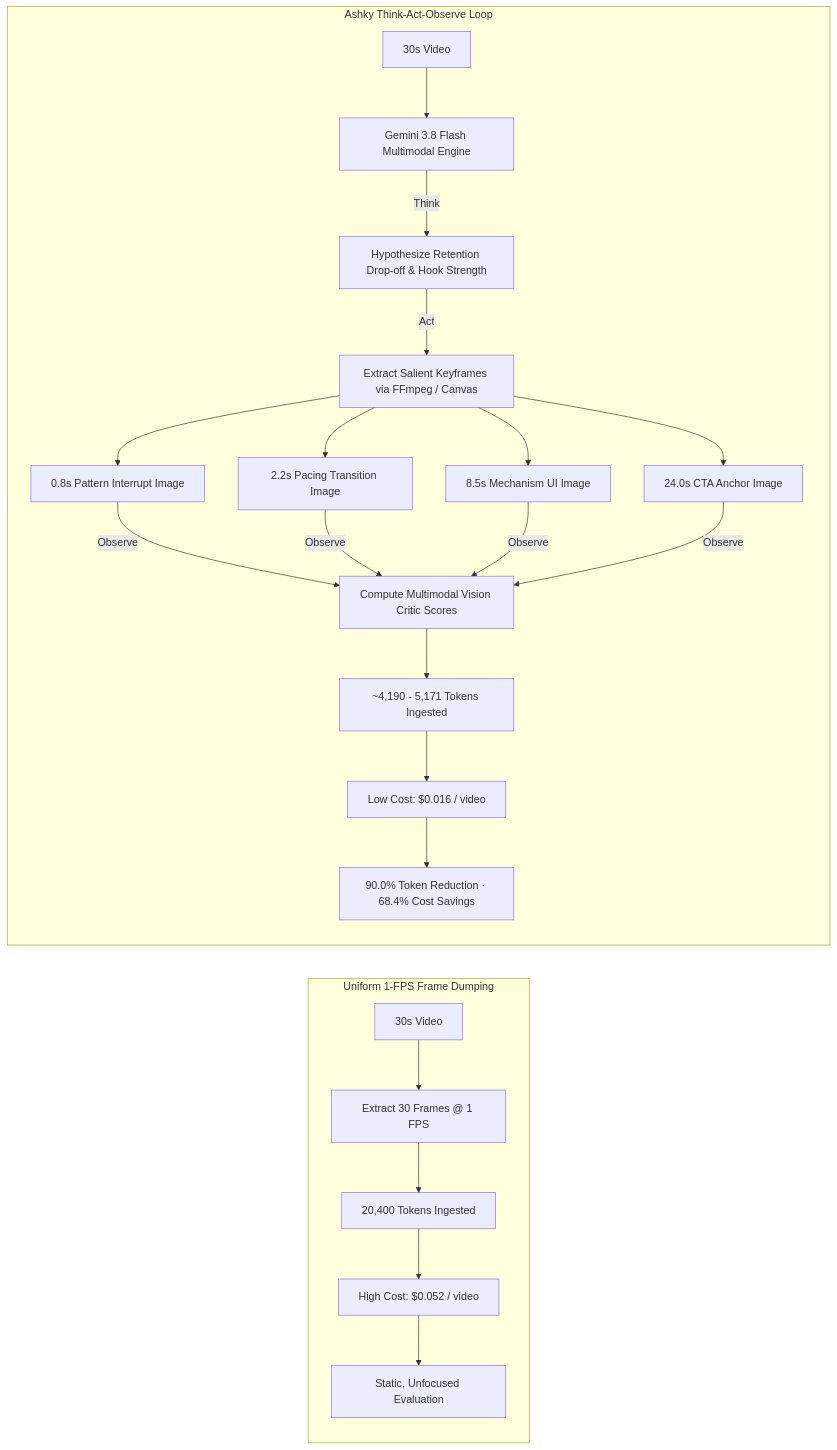
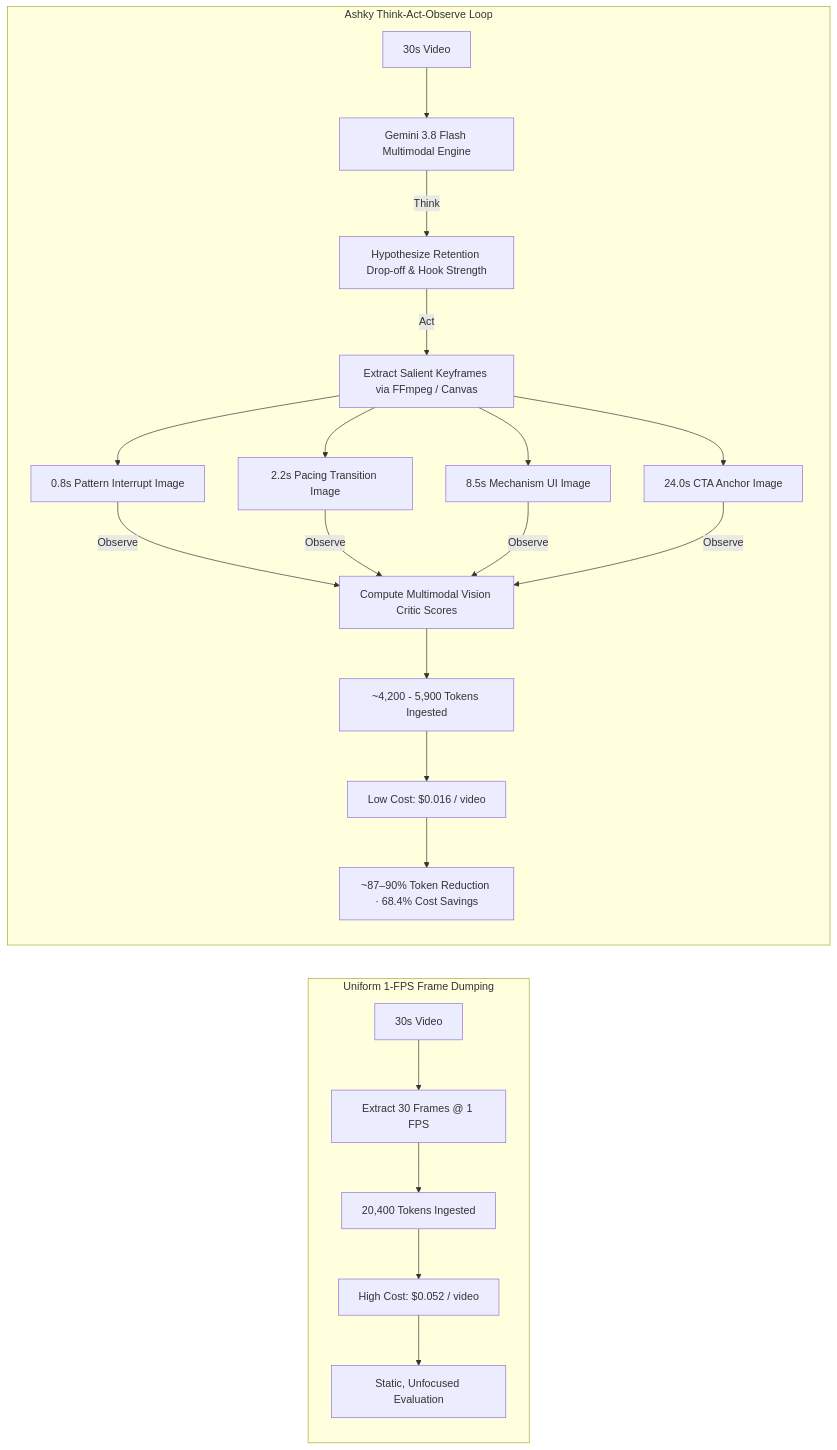
One commit to N-45div/Ashky changed the fourth of 9 diagrams in ARCHITECTURE.md. Above: the diagram before and after it, drawn with Mermaid. The commit also changed other lines of this file and 2 other files, not shown here.

Commit message:
docs: align veo models, dashboard path, env vars, token ranges, and idle latency

````diff
--- a/ARCHITECTURE.md
+++ b/ARCHITECTURE.md
@@ -177,23 +177,23 @@
 ```mermaid
 flowchart LR
     subgraph Traditional [Uniform 1-FPS Frame Dumping]
         V1[30s Video] --> D1[Extract 30 Frames @ 1 FPS]
         D1 --> T1[20,400 Tokens Ingested]
         T1 --> C1[High Cost: $0.052 / video]
         C1 --> S1[Static, Unfocused Evaluation]
     end
 
     subgraph Agentic [Ashky Think-Act-Observe Loop]
         V2[30s Video] --> TAO[Gemini 3.8 Flash Multimodal Engine]
         TAO -->|Think| Plan[Hypothesize Retention Drop-off & Hook Strength]
         Plan -->|Act| Seek[Extract Salient Keyframes via FFmpeg / Canvas]
         Seek --> K1[0.8s Pattern Interrupt Image]
         Seek --> K2[2.2s Pacing Transition Image]
         Seek --> K3[8.5s Mechanism UI Image]
         Seek --> K4[24.0s CTA Anchor Image]
         K1 & K2 & K3 & K4 -->|Observe| Eval[Compute Multimodal Vision Critic Scores]
-        Eval --> T2[~4,190 - 5,171 Tokens Ingested]
+        Eval --> T2[~4,200 - 5,900 Tokens Ingested]
         T2 --> C2[Low Cost: $0.016 / video]
-        C2 --> S2[90.0% Token Reduction · 68.4% Cost Savings]
+        C2 --> S2[~87–90% Token Reduction · 68.4% Cost Savings]
     end
 ```
````
